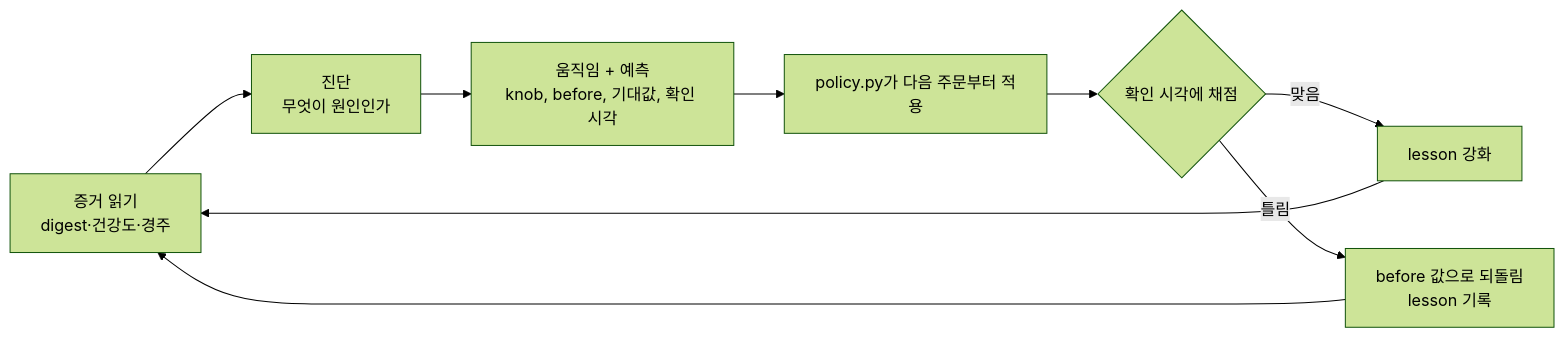
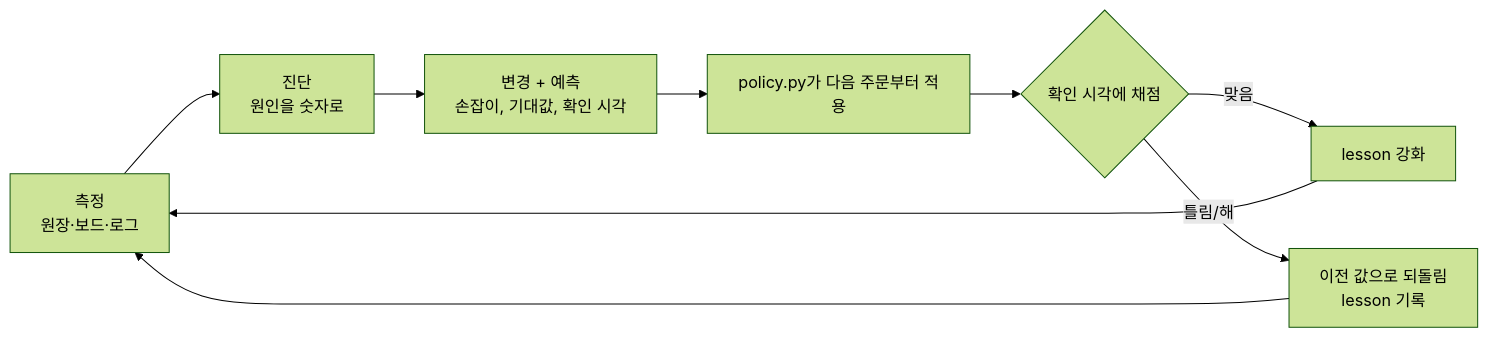
Before and after one commit to Q00/ai-agent-engineering-101: the second of 3 diagrams in submissions/23530007/week-08/REPORT.md, drawn with Mermaid (forest theme). The commit also changed other lines of this file and 3 other files, not shown here.

````diff
--- a/submissions/23530007/week-08/REPORT.md
+++ b/submissions/23530007/week-08/REPORT.md
@@ -106,10 +106,10 @@
 ```mermaid
 flowchart LR
-  A[증거 읽기<br/>digest·건강도·경주] --> B[진단<br/>무엇이 원인인가]
-  B --> C[움직임 + 예측<br/>knob, before, 기대값, 확인 시각]
+  A[측정<br/>원장·보드·로그] --> B[진단<br/>원인을 숫자로]
+  B --> C[변경 + 예측<br/>손잡이, 기대값, 확인 시각]
   C --> D[policy.py가 다음 주문부터 적용]
   D --> E{확인 시각에 채점}
   E -->|맞음| F[lesson 강화]
-  E -->|틀림| G[before 값으로 되돌림<br/>lesson 기록]
+  E -->|틀림/해| G[이전 값으로 되돌림<br/>lesson 기록]
   F & G --> A
 ```
````
